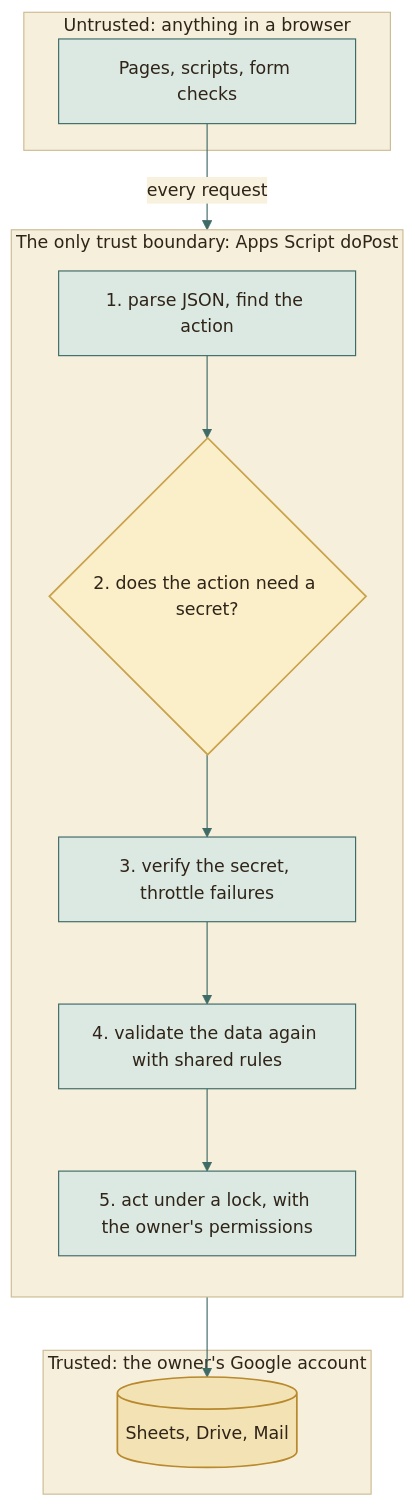
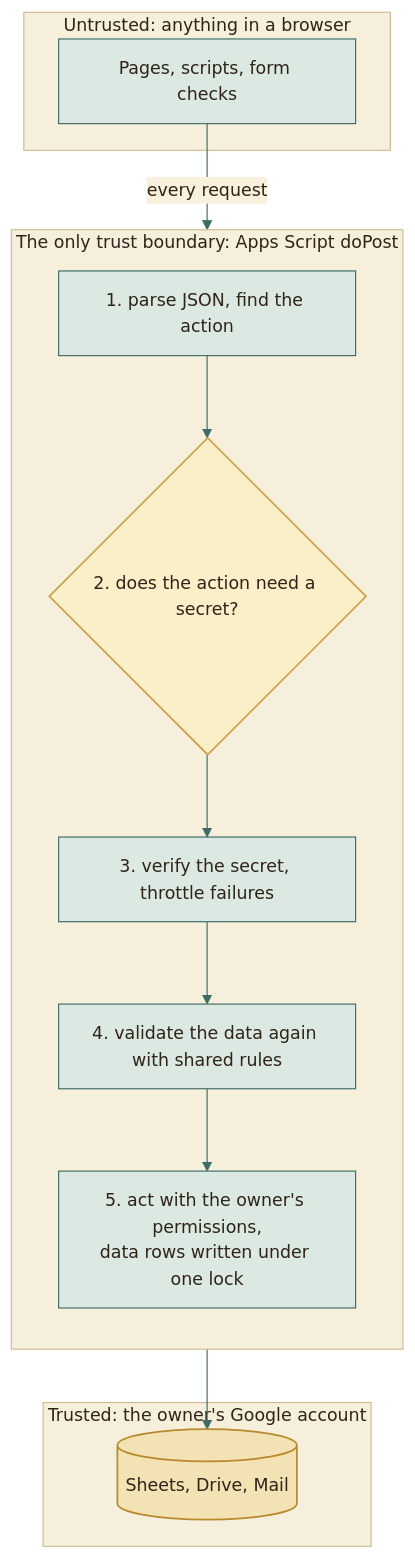
Before and after one commit to moyeh04/forms-platform: the first of 2 diagrams in docs/reference/SECURITY.md, drawn with Mermaid. The commit also changed other lines of this file and 9 other files, not shown here.

````diff
--- a/docs/reference/SECURITY.md
+++ b/docs/reference/SECURITY.md
@@ -9,50 +9,50 @@
 ```mermaid
 %%{init: {
   'theme': 'base',
   'themeVariables': {
     'fontFamily': 'ui-sans-serif, system-ui, -apple-system, Segoe UI, Roboto, sans-serif',
     'fontSize': '15px',
     'primaryColor': '#DCE9E2', 'primaryBorderColor': '#3F6B66', 'primaryTextColor': '#2F2418',
     'secondaryColor': '#F0E4C8', 'secondaryBorderColor': '#C9A24A', 'secondaryTextColor': '#2F2418',
     'tertiaryColor': '#F6EFDC', 'tertiaryBorderColor': '#CDBB94', 'tertiaryTextColor': '#2F2418',
     'lineColor': '#3F6B66', 'textColor': '#2F2418', 'mainBkg': '#DCE9E2', 'nodeBorder': '#3F6B66',
     'clusterBkg': '#F6EFDC', 'clusterBorder': '#CDBB94', 'titleColor': '#2F2418',
     'edgeLabelBackground': '#F8F1DD',
     'actorBkg': '#DCE9E2', 'actorBorder': '#3F6B66', 'actorTextColor': '#2F2418', 'actorLineColor': '#8FB3AB',
     'signalColor': '#477A73', 'signalTextColor': '#477A73',
     'labelBoxBkgColor': '#F0E4C8', 'labelBoxBorderColor': '#C9A24A', 'labelTextColor': '#2F2418', 'loopTextColor': '#6A5A44',
     'noteBkgColor': '#FBEFC9', 'noteBorderColor': '#C9A24A', 'noteTextColor': '#2F2418',
     'activationBkgColor': '#DCE9E2', 'activationBorderColor': '#3F6B66', 'sequenceNumberColor': '#F8F1DD',
     'transitionColor': '#3F6B66', 'stateLabelColor': '#2F2418', 'stateBkg': '#DCE9E2', 'altBackground': '#F6EFDC',
     'attributeBackgroundColorOdd': '#F8F1DD', 'attributeBackgroundColorEven': '#F0E4C8'
   },
   'flowchart': {'curve': 'basis', 'padding': 14, 'nodeSpacing': 40, 'rankSpacing': 46},
   'sequence': {'mirrorActors': false, 'messageMargin': 34, 'boxMargin': 8}
 }}%%
 flowchart TD
     subgraph untrusted["Untrusted: anything in a browser"]
         page["Pages, scripts, form checks"]
     end
     subgraph boundary["The only trust boundary: Apps Script doPost"]
         direction TB
         v["1. parse JSON, find the action"]
         a{"2. does the action need a secret?"}
         s["3. verify the secret, throttle failures"]
         r["4. validate the data again with shared rules"]
-        w["5. act under a lock, with the owner's permissions"]
+        w["5. act with the owner's permissions,<br/>data rows written under one lock"]
         v --> a --> s --> r --> w
     end
     subgraph trusted["Trusted: the owner's Google account"]
         data[("Sheets, Drive, Mail")]
     end
     page -- "every request" --> v
     w --> data
     classDef cDb fill:#F3E2B3,stroke:#B8892D,stroke-width:1.5px,color:#2F2418
     classDef cActor fill:#F4D9D3,stroke:#9A3328,stroke-width:1.5px,color:#2F2418
     classDef cDec fill:#FBEFC9,stroke:#C9A24A,stroke-width:1.5px,color:#2F2418
     classDef cEnd fill:#2F2418,stroke:#2F2418,color:#F8F1DD
     classDef cErr fill:#F6D5CF,stroke:#A12B1F,stroke-width:1.5px,color:#5A140C
     classDef cOk fill:#BFD9CF,stroke:#2E5A55,stroke-width:1.5px,color:#17302D
     class data cDb
     class a cDec
 ```
````
